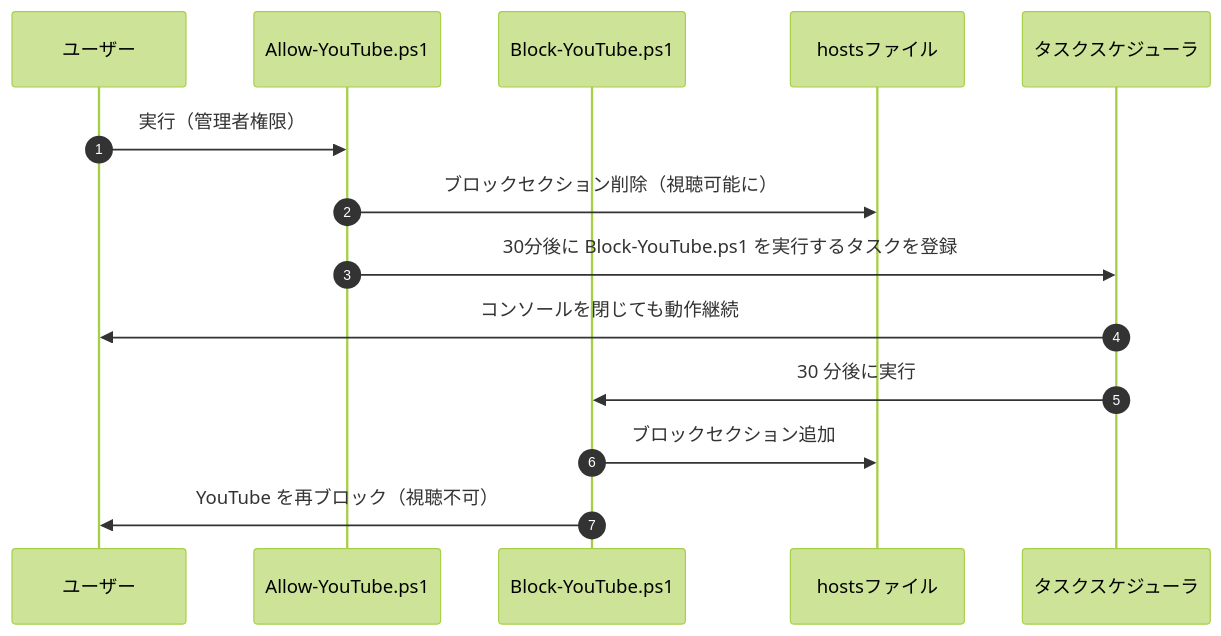
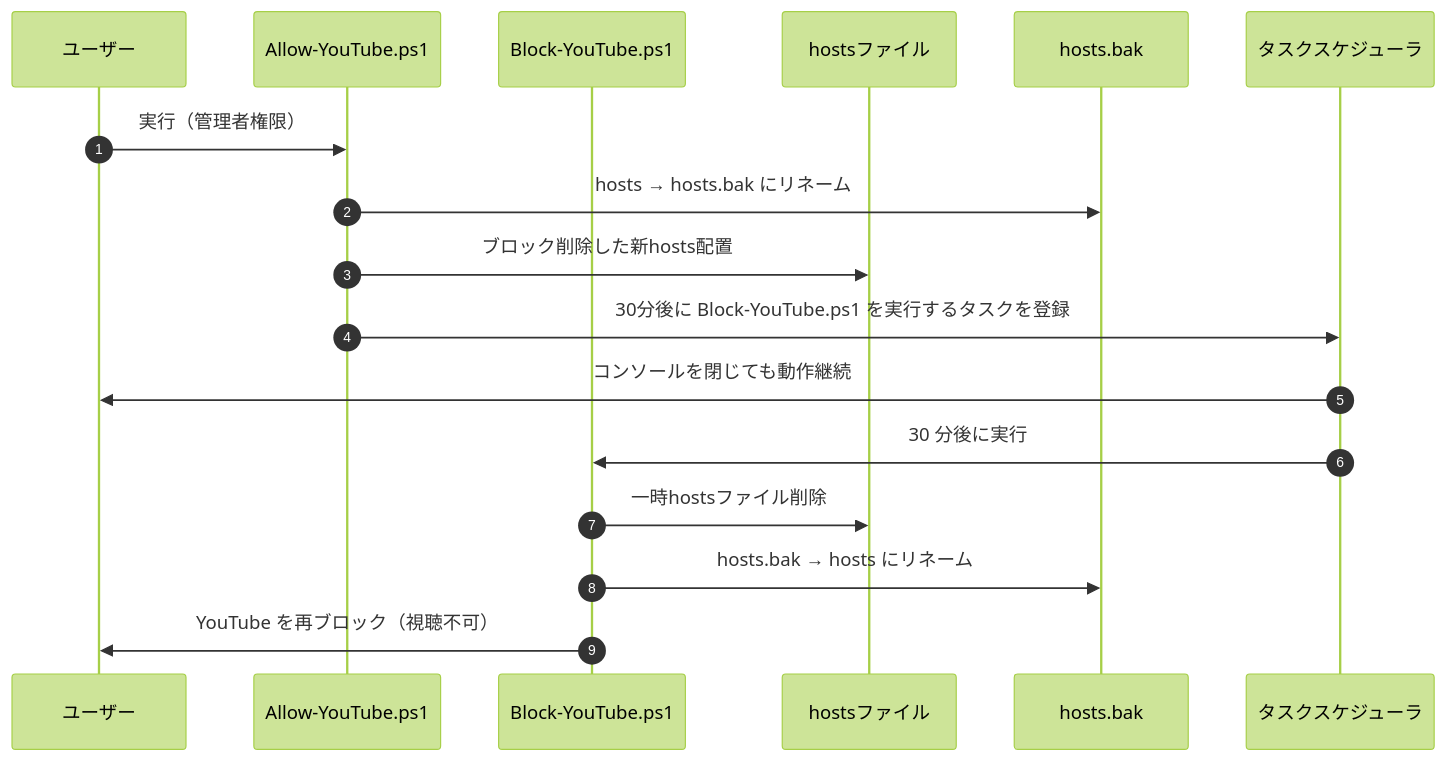
The second of 2 diagrams in YouTubeControl/readme.md (kf020501/ToolBox), drawn with Mermaid (forest theme) before and after one commit. The commit also changed other lines of this file and 4 other files, not shown here.

````diff
--- a/YouTubeControl/readme.md
+++ b/YouTubeControl/readme.md
@@ -30,18 +107,21 @@
 ```mermaid
 sequenceDiagram
     autonumber
 
     participant User as ユーザー
     participant AllowScript as Allow-YouTube.ps1
     participant BlockScript as Block-YouTube.ps1
     participant Hosts as hostsファイル
+    participant Backup as hosts.bak
     participant Scheduler as タスクスケジューラ
 
     User ->> AllowScript: 実行（管理者権限）
-    AllowScript ->> Hosts: ブロックセクション削除（視聴可能に）
+    AllowScript ->> Backup: hosts → hosts.bak にリネーム
+    AllowScript ->> Hosts: ブロック削除した新hosts配置
     AllowScript ->> Scheduler: 30分後に Block-YouTube.ps1 を実行するタスクを登録
     Scheduler ->> User: コンソールを閉じても動作継続
     Scheduler ->> BlockScript: 30 分後に実行
-    BlockScript ->> Hosts: ブロックセクション追加
+    BlockScript ->> Hosts: 一時hostsファイル削除
+    BlockScript ->> Backup: hosts.bak → hosts にリネーム
     BlockScript ->> User: YouTube を再ブロック（視聴不可）
 ```
````
